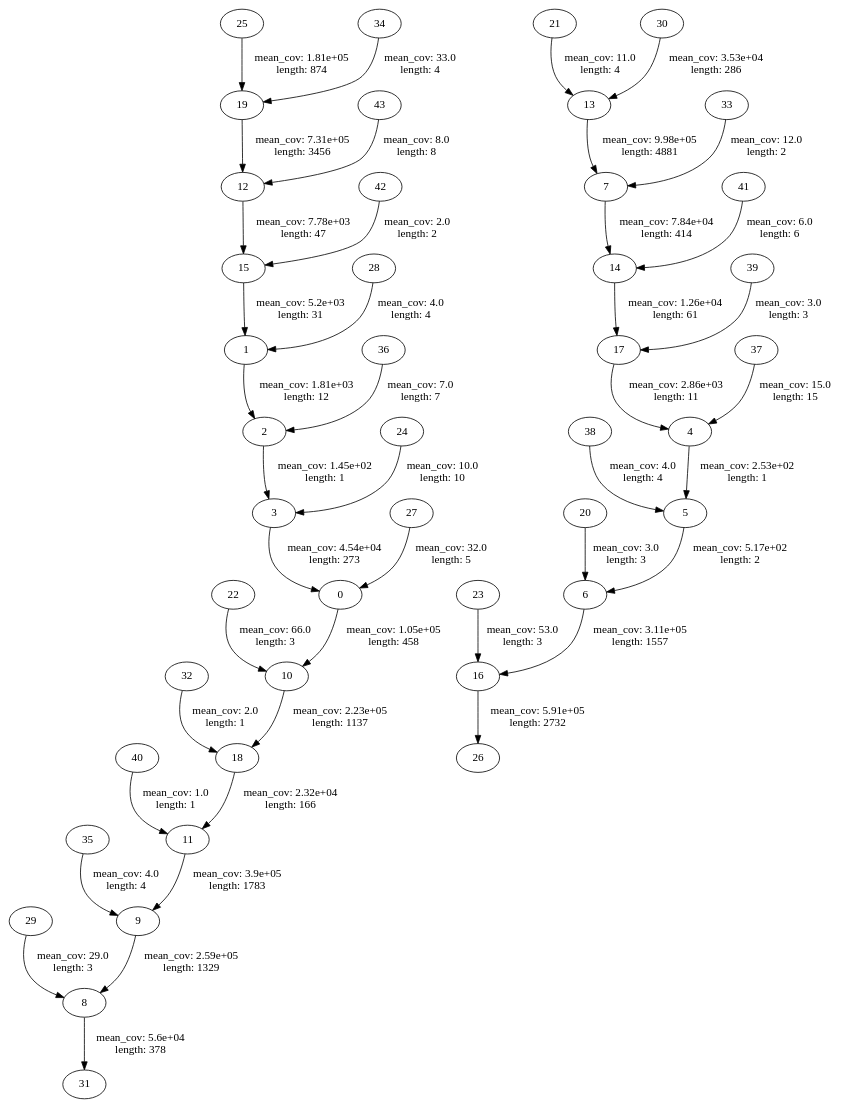
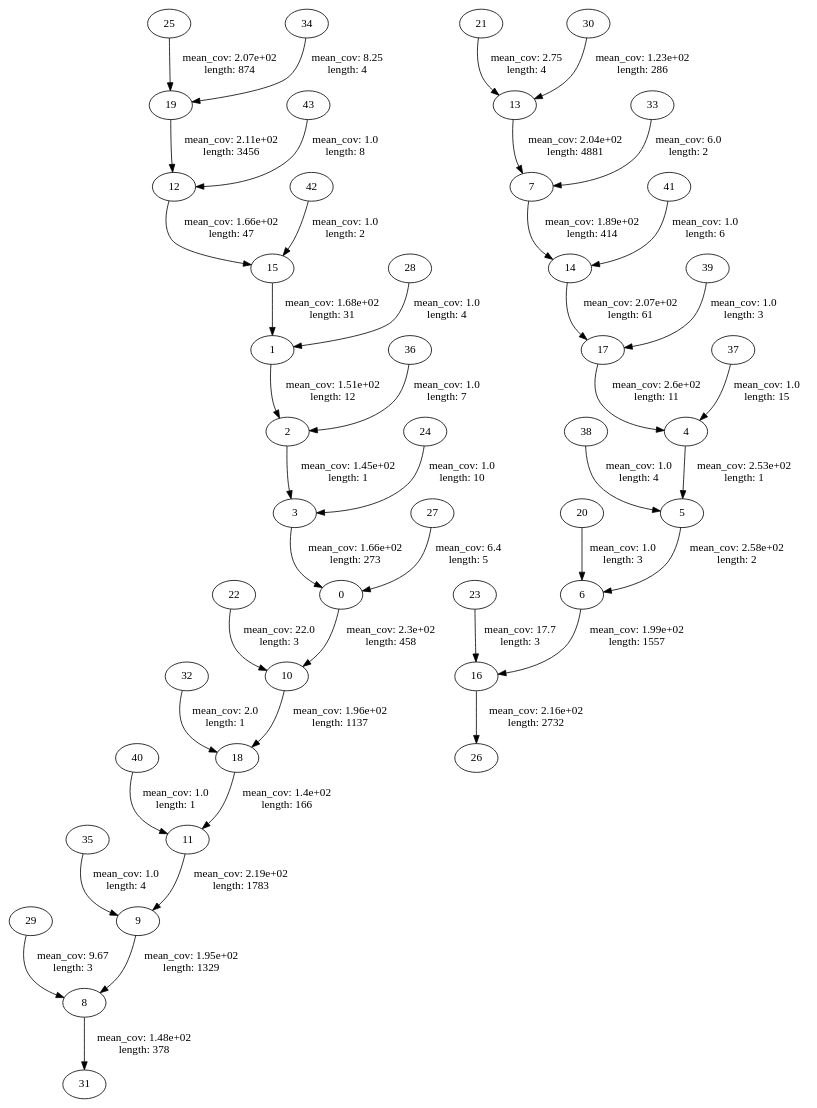
Before and after one commit to isheshukov/bioinf-ngs-course: the diagram in hw5/data/s_6.first10000.no_dead_ends.dot, drawn with Graphviz. The commit also changed 21 other files, not shown here.

```diff
--- a/hw5/data/s_6.first10000.no_dead_ends.dot
+++ b/hw5/data/s_6.first10000.no_dead_ends.dot
@@ -1,170 +1,170 @@
 strict digraph "" {
-	0 -> 10	 [label="mean_cov: 1.05e+05
+	0 -> 10	 [label="mean_cov: 2.3e+02
  length: 458",
 		length=458,
 		mean_cov=230.04585152838428];
-	1 -> 2	 [label="mean_cov: 1.81e+03
+	1 -> 2	 [label="mean_cov: 1.51e+02
  length: 12",
 		length=12,
 		mean_cov=150.58333333333334];
 	2 -> 3	 [label="mean_cov: 1.45e+02
  length: 1",
 		length=1,
 		mean_cov=145.0];
-	3 -> 0	 [label="mean_cov: 4.54e+04
+	3 -> 0	 [label="mean_cov: 1.66e+02
  length: 273",
 		length=273,
 		mean_cov=166.4102564102564];
 	4 -> 5	 [label="mean_cov: 2.53e+02
  length: 1",
 		length=1,
 		mean_cov=253.0];
-	5 -> 6	 [label="mean_cov: 5.17e+02
+	5 -> 6	 [label="mean_cov: 2.58e+02
  length: 2",
 		length=2,
 		mean_cov=258.5];
-	6 -> 16	 [label="mean_cov: 3.11e+05
+	6 -> 16	 [label="mean_cov: 1.99e+02
  length: 1557",
 		length=1557,
 		mean_cov=199.43802183686577];
-	7 -> 14	 [label="mean_cov: 7.84e+04
+	7 -> 14	 [label="mean_cov: 1.89e+02
  length: 414",
 		length=414,
 		mean_cov=189.44685990338164];
-	8 -> 31	 [label="mean_cov: 5.6e+04
+	8 -> 31	 [label="mean_cov: 1.48e+02
  length: 378",
 		length=378,
 		mean_cov=148.0978835978836];
-	9 -> 8	 [label="mean_cov: 2.59e+05
+	9 -> 8	 [label="mean_cov: 1.95e+02
  length: 1329",
 		length=1329,
 		mean_cov=195.150489089541];
-	10 -> 18	 [label="mean_cov: 2.23e+05
+	10 -> 18	 [label="mean_cov: 1.96e+02
  length: 1137",
 		length=1137,
 		mean_cov=195.72911169744944];
-	11 -> 9	 [label="mean_cov: 3.9e+05
+	11 -> 9	 [label="mean_cov: 2.19e+02
  length: 1783",
 		length=1783,
 		mean_cov=219.00280426247897];
-	12 -> 15	 [label="mean_cov: 7.78e+03
+	12 -> 15	 [label="mean_cov: 1.66e+02
  length: 47",
 		length=47,
 		mean_cov=165.61702127659575];
-	13 -> 7	 [label="mean_cov: 9.98e+05
+	13 -> 7	 [label="mean_cov: 2.04e+02
  length: 4881",
 		length=4881,
 		mean_cov=204.42347879532883];
-	14 -> 17	 [label="mean_cov: 1.26e+04
+	14 -> 17	 [label="mean_cov: 2.07e+02
  length: 61",
 		length=61,
 		mean_cov=207.2295081967213];
-	15 -> 1	 [label="mean_cov: 5.2e+03
+	15 -> 1	 [label="mean_cov: 1.68e+02
  length: 31",
 		length=31,
 		mean_cov=167.80645161290323];
-	16 -> 26	 [label="mean_cov: 5.91e+05
+	16 -> 26	 [label="mean_cov: 2.16e+02
  length: 2732",
 		length=2732,
 		mean_cov=216.18740849194728];
-	17 -> 4	 [label="mean_cov: 2.86e+03
+	17 -> 4	 [label="mean_cov: 2.6e+02
  length: 11",
 		length=11,
 		mean_cov=260.1818181818182];
-	18 -> 11	 [label="mean_cov: 2.32e+04
+	18 -> 11	 [label="mean_cov: 1.4e+02
  length: 166",
 		length=166,
 		mean_cov=139.77710843373495];
-	19 -> 12	 [label="mean_cov: 7.31e+05
+	19 -> 12	 [label="mean_cov: 2.11e+02
  length: 3456",
 		length=3456,
 		mean_cov=211.38368055555554];
-	20 -> 6	 [label="mean_cov: 3.0
+	20 -> 6	 [label="mean_cov: 1.0
  length: 3",
 		length=3,
 		mean_cov=1.0];
-	21 -> 13	 [label="mean_cov: 11.0
+	21 -> 13	 [label="mean_cov: 2.75
  length: 4",
 		length=4,
 		mean_cov=2.75];
-	22 -> 10	 [label="mean_cov: 66.0
+	22 -> 10	 [label="mean_cov: 22.0
  length: 3",
 		length=3,
 		mean_cov=22.0];
-	23 -> 16	 [label="mean_cov: 53.0
+	23 -> 16	 [label="mean_cov: 17.7
  length: 3",
 		length=3,
 		mean_cov=17.666666666666668];
-	24 -> 3	 [label="mean_cov: 10.0
+	24 -> 3	 [label="mean_cov: 1.0
  length: 10",
 		length=10,
 		mean_cov=1.0];
-	25 -> 19	 [label="mean_cov: 1.81e+05
+	25 -> 19	 [label="mean_cov: 2.07e+02
  length: 874",
 		length=874,
 		mean_cov=207.23569794050343];
-	27 -> 0	 [label="mean_cov: 32.0
+	27 -> 0	 [label="mean_cov: 6.4
  length: 5",
 		length=5,
 		mean_cov=6.4];
-	28 -> 1	 [label="mean_cov: 4.0
+	28 -> 1	 [label="mean_cov: 1.0
  length: 4",
 		length=4,
 		mean_cov=1.0];
-	29 -> 8	 [label="mean_cov: 29.0
+	29 -> 8	 [label="mean_cov: 9.67
  length: 3",
 		length=3,
 		mean_cov=9.666666666666666];
-	30 -> 13	 [label="mean_cov: 3.53e+04
+	30 -> 13	 [label="mean_cov: 1.23e+02
  length: 286",
 		length=286,
 		mean_cov=123.48251748251748];
 	32 -> 18	 [label="mean_cov: 2.0
  length: 1",
 		length=1,
 		mean_cov=2.0];
-	33 -> 7	 [label="mean_cov: 12.0
+	33 -> 7	 [label="mean_cov: 6.0
  length: 2",
 		length=2,
 		mean_cov=6.0];
-	34 -> 19	 [label="mean_cov: 33.0
+	34 -> 19	 [label="mean_cov: 8.25
  length: 4",
 		length=4,
 		mean_cov=8.25];
-	35 -> 9	 [label="mean_cov: 4.0
+	35 -> 9	 [label="mean_cov: 1.0
  length: 4",
 		length=4,
 		mean_cov=1.0];
-	36 -> 2	 [label="mean_cov: 7.0
+	36 -> 2	 [label="mean_cov: 1.0
  length: 7",
 		length=7,
 		mean_cov=1.0];
-	37 -> 4	 [label="mean_cov: 15.0
+	37 -> 4	 [label="mean_cov: 1.0
  length: 15",
 		length=15,
 		mean_cov=1.0];
-	38 -> 5	 [label="mean_cov: 4.0
+	38 -> 5	 [label="mean_cov: 1.0
  length: 4",
 		length=4,
 		mean_cov=1.0];
-	39 -> 17	 [label="mean_cov: 3.0
+	39 -> 17	 [label="mean_cov: 1.0
  length: 3",
 		length=3,
 		mean_cov=1.0];
 	40 -> 11	 [label="mean_cov: 1.0
  length: 1",
 		length=1,
 		mean_cov=1.0];
-	41 -> 14	 [label="mean_cov: 6.0
+	41 -> 14	 [label="mean_cov: 1.0
  length: 6",
 		length=6,
 		mean_cov=1.0];
-	42 -> 15	 [label="mean_cov: 2.0
+	42 -> 15	 [label="mean_cov: 1.0
  length: 2",
 		length=2,
 		mean_cov=1.0];
-	43 -> 12	 [label="mean_cov: 8.0
+	43 -> 12	 [label="mean_cov: 1.0
  length: 8",
 		length=8,
 		mean_cov=1.0];
 }
```
